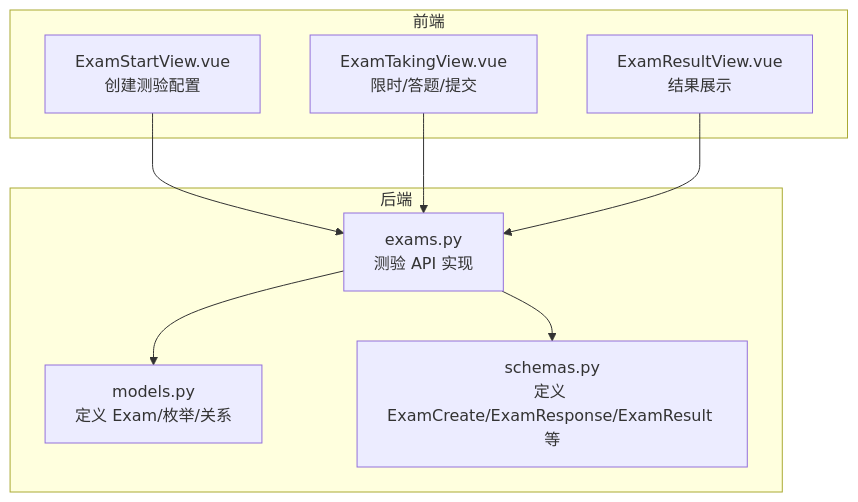
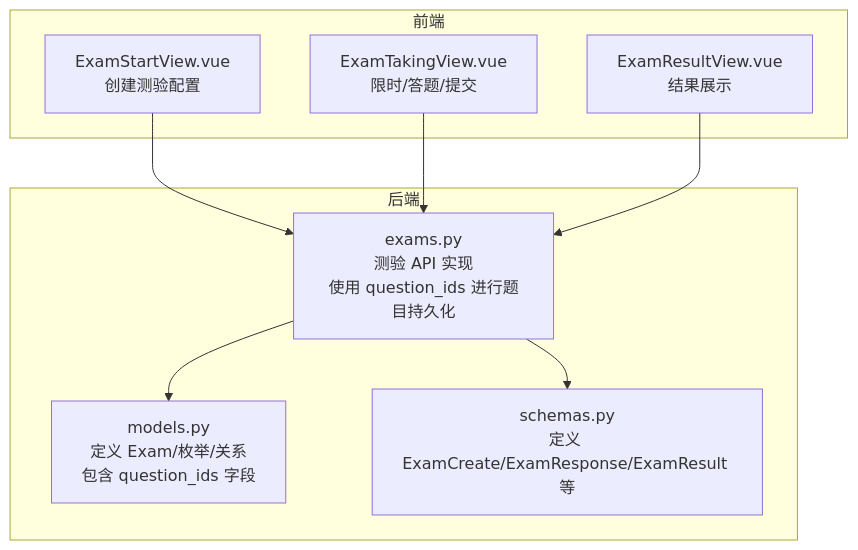
Before and after one commit to zhiwenli-jack/personal-learning-manager: the first of 4 diagrams in .qoder/repowiki/zh/content/数据库设计/核心实体设计/测验实体.md, drawn with Mermaid. The commit also changed other lines of this file and 6 other files, not shown here.

````diff
--- a/.qoder/repowiki/zh/content/数据库设计/核心实体设计/测验实体.md
+++ b/.qoder/repowiki/zh/content/数据库设计/核心实体设计/测验实体.md
@@ -35,18 +44,18 @@
 ```mermaid
 graph TB
 subgraph "后端"
-M["models.py<br/>定义 Exam/枚举/关系"]
+M["models.py<br/>定义 Exam/枚举/关系<br/>包含 question_ids 字段"]
 S["schemas.py<br/>定义 ExamCreate/ExamResponse/ExamResult 等"]
-A["exams.py<br/>测验 API 实现"]
+A["exams.py<br/>测验 API 实现<br/>使用 question_ids 进行题目持久化"]
 end
 subgraph "前端"
 V1["ExamStartView.vue<br/>创建测验配置"]
 V2["ExamTakingView.vue<br/>限时/答题/提交"]
 V3["ExamResultView.vue<br/>结果展示"]
 end
 V1 --> A
 V2 --> A
 V3 --> A
 A --> M
 A --> S
 ```
````
